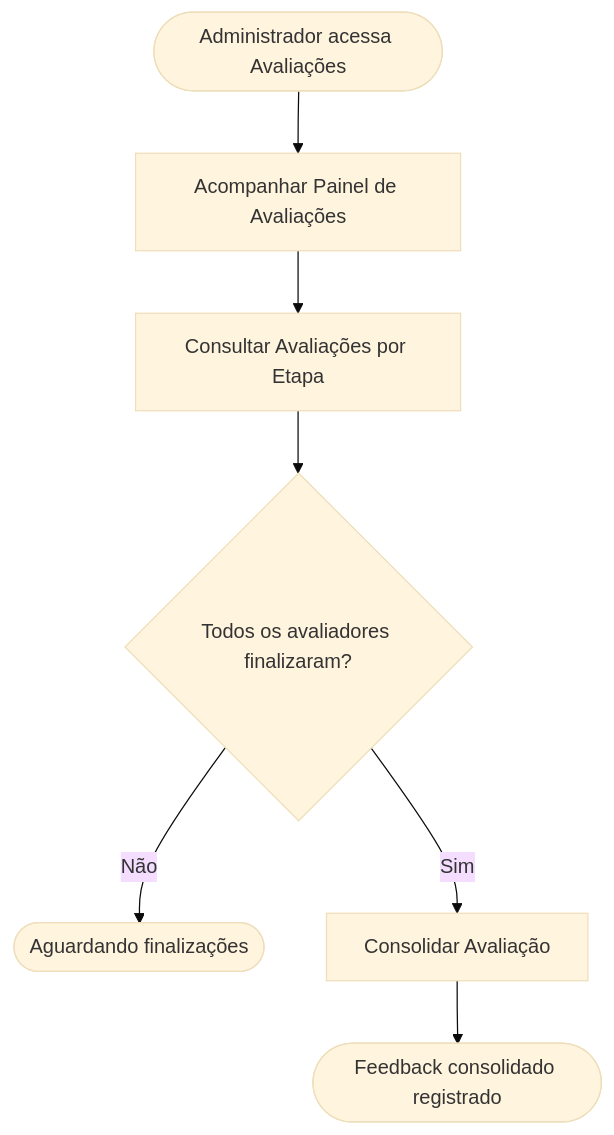
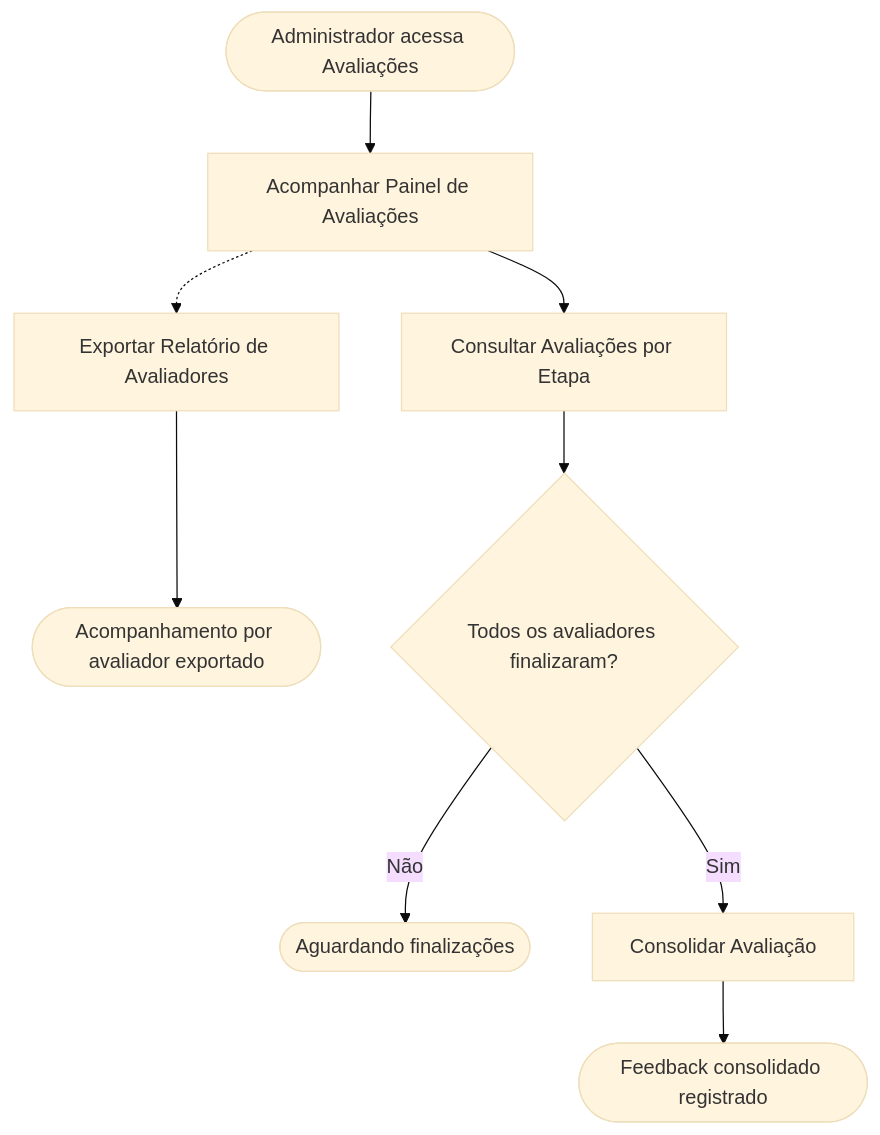
One commit to andromarcio/phl-premio-iel changed the diagram in modules/avaliacao/painel-administrativo/README.md. Above: the diagram before and after it, drawn with Mermaid (base theme). The commit also changed other lines of this file and 27 other files, not shown here.

````diff
--- a/modules/avaliacao/painel-administrativo/README.md
+++ b/modules/avaliacao/painel-administrativo/README.md
@@ -26,9 +26,11 @@
 ```mermaid
 flowchart TD
     A(["Administrador acessa Avaliações"]) --> B["Acompanhar Painel de Avaliações"]
     B --> C["Consultar Avaliações por Etapa"]
+    B -.-> X["Exportar Relatório de Avaliadores"]
+    X --> W(["Acompanhamento por avaliador exportado"])
     C --> D{"Todos os avaliadores finalizaram?"}
     D -->|Não| Y(["Aguardando finalizações"])
     D -->|Sim| E["Consolidar Avaliação"]
     E --> Z(["Feedback consolidado registrado"])
 ```
````
